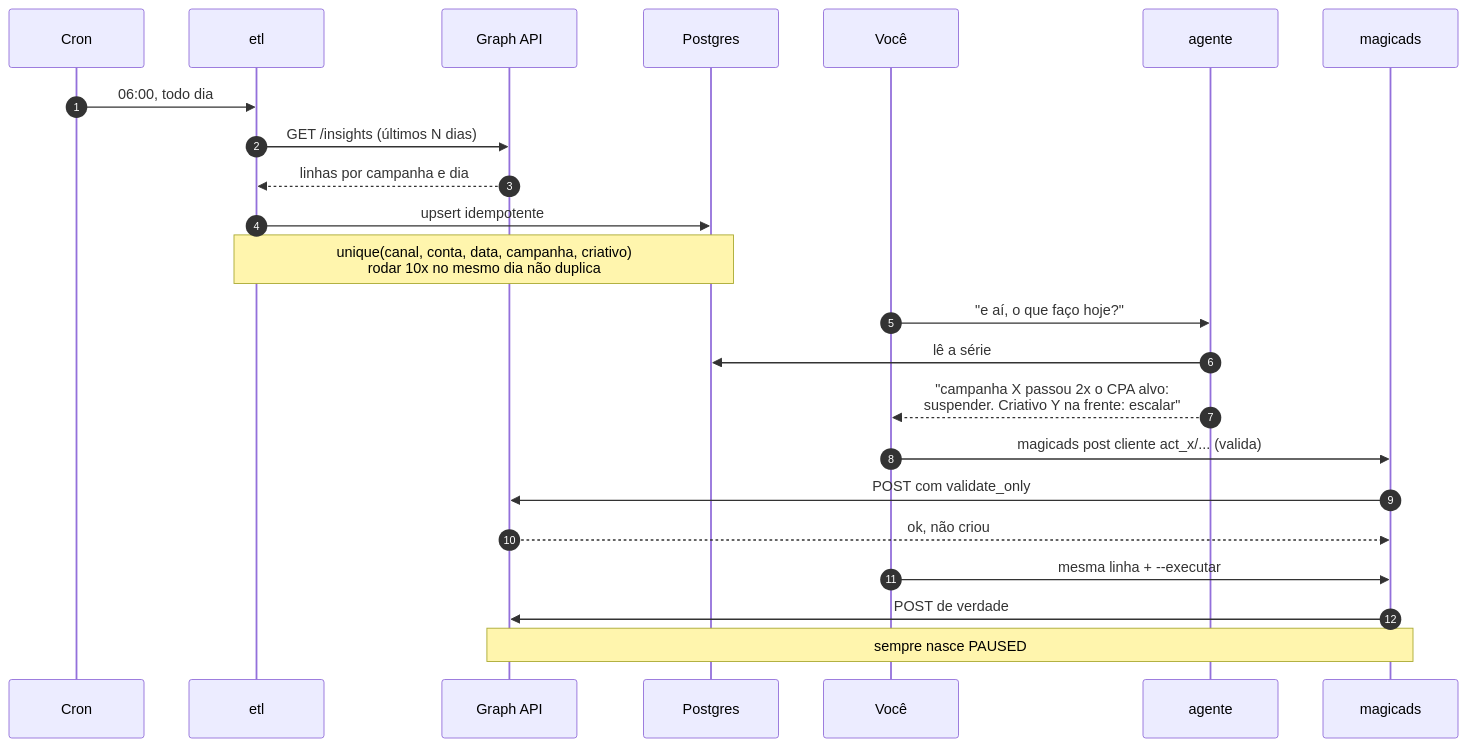
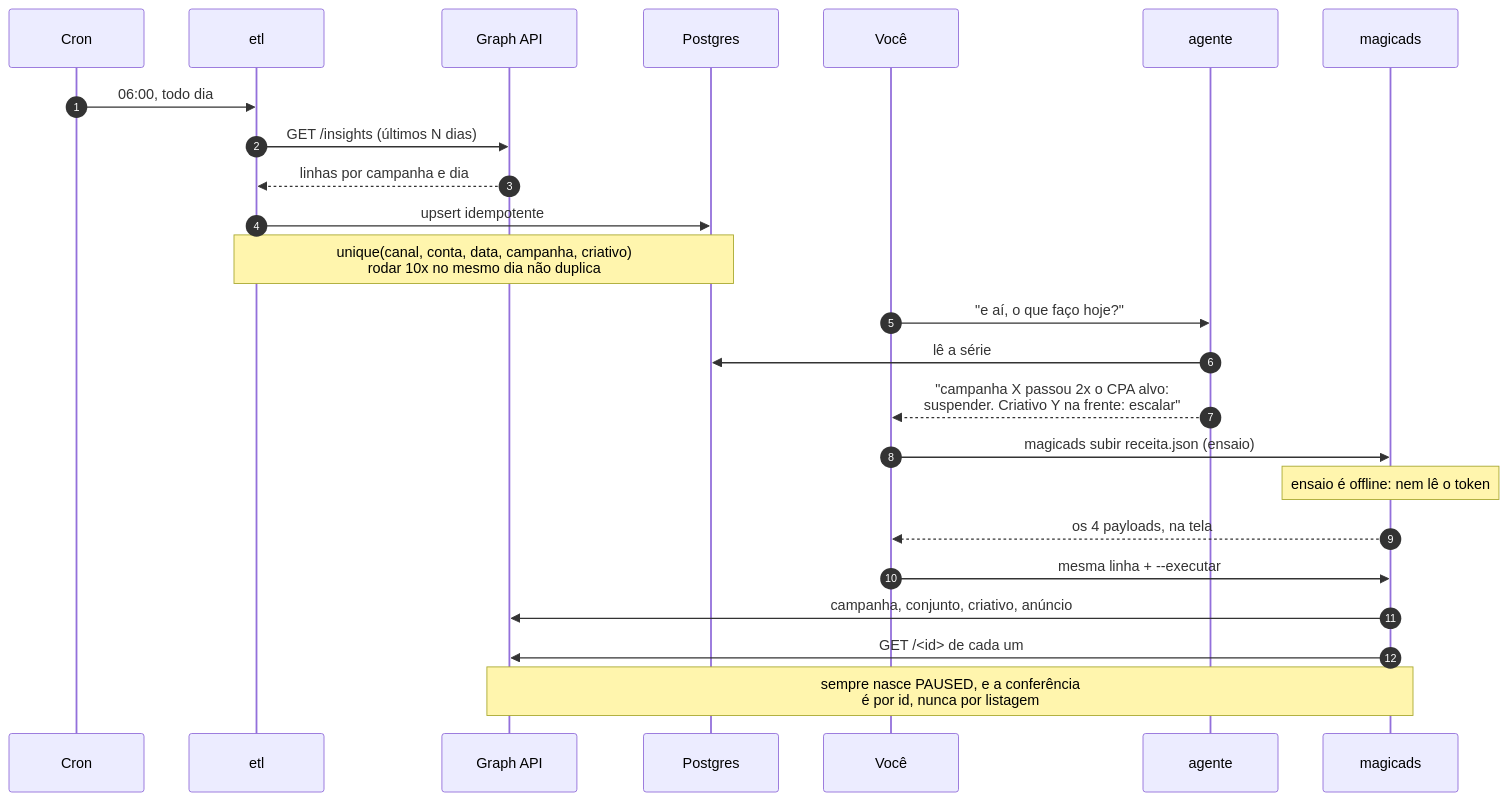
The third of 5 diagrams in docs/ARQUITETURA.md (MatheusEdson/MagicAds), drawn with Mermaid before and after one commit. The commit also changed other lines of this file and 14 other files, not shown here.

````diff
--- a/docs/ARQUITETURA.md
+++ b/docs/ARQUITETURA.md
@@ -98,27 +98,28 @@
 ```mermaid
 sequenceDiagram
     autonumber
     participant Cron
     participant ETL as etl
     participant Meta as Graph API
     participant DB as Postgres
     participant Você
     participant AG as agente
     participant CLI as magicads
 
     Cron->>ETL: 06:00, todo dia
     ETL->>Meta: GET /insights (últimos N dias)
     Meta-->>ETL: linhas por campanha e dia
     ETL->>DB: upsert idempotente
     Note over ETL,DB: unique(canal, conta, data, campanha, criativo)<br/>rodar 10x no mesmo dia não duplica
 
     Você->>AG: "e aí, o que faço hoje?"
     AG->>DB: lê a série
     AG-->>Você: "campanha X passou 2x o CPA alvo:<br/>suspender. Criativo Y na frente: escalar"
-    Você->>CLI: magicads post cliente act_x/... (valida)
-    CLI->>Meta: POST com validate_only
-    Meta-->>CLI: ok, não criou
+    Você->>CLI: magicads subir receita.json (ensaio)
+    Note over CLI: ensaio é offline: nem lê o token
+    CLI-->>Você: os 4 payloads, na tela
     Você->>CLI: mesma linha + --executar
-    CLI->>Meta: POST de verdade
-    Note over CLI,Meta: sempre nasce PAUSED
+    CLI->>Meta: campanha, conjunto, criativo, anúncio
+    CLI->>Meta: GET /<id> de cada um
+    Note over CLI,Meta: sempre nasce PAUSED, e a conferência<br/>é por id, nunca por listagem
 ```
````
